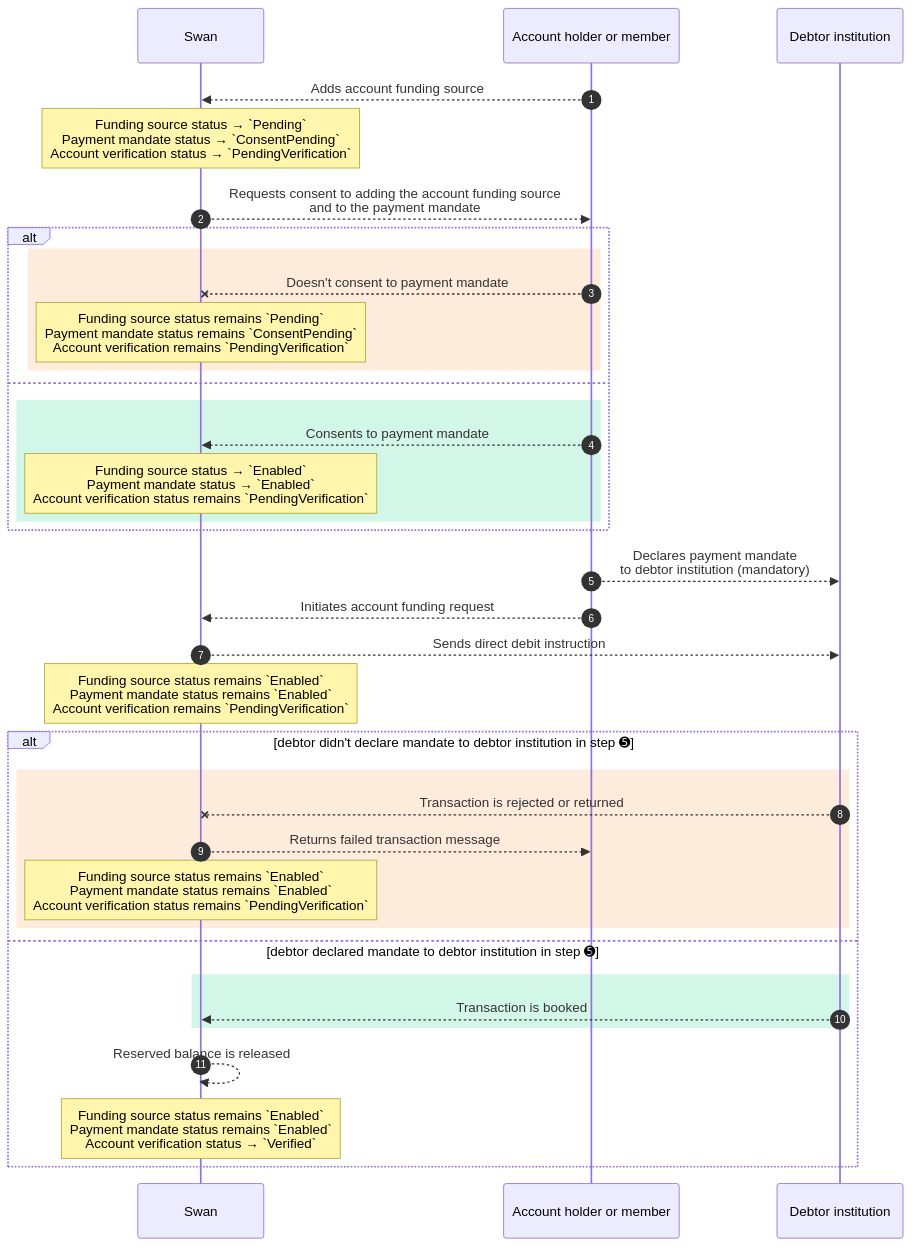
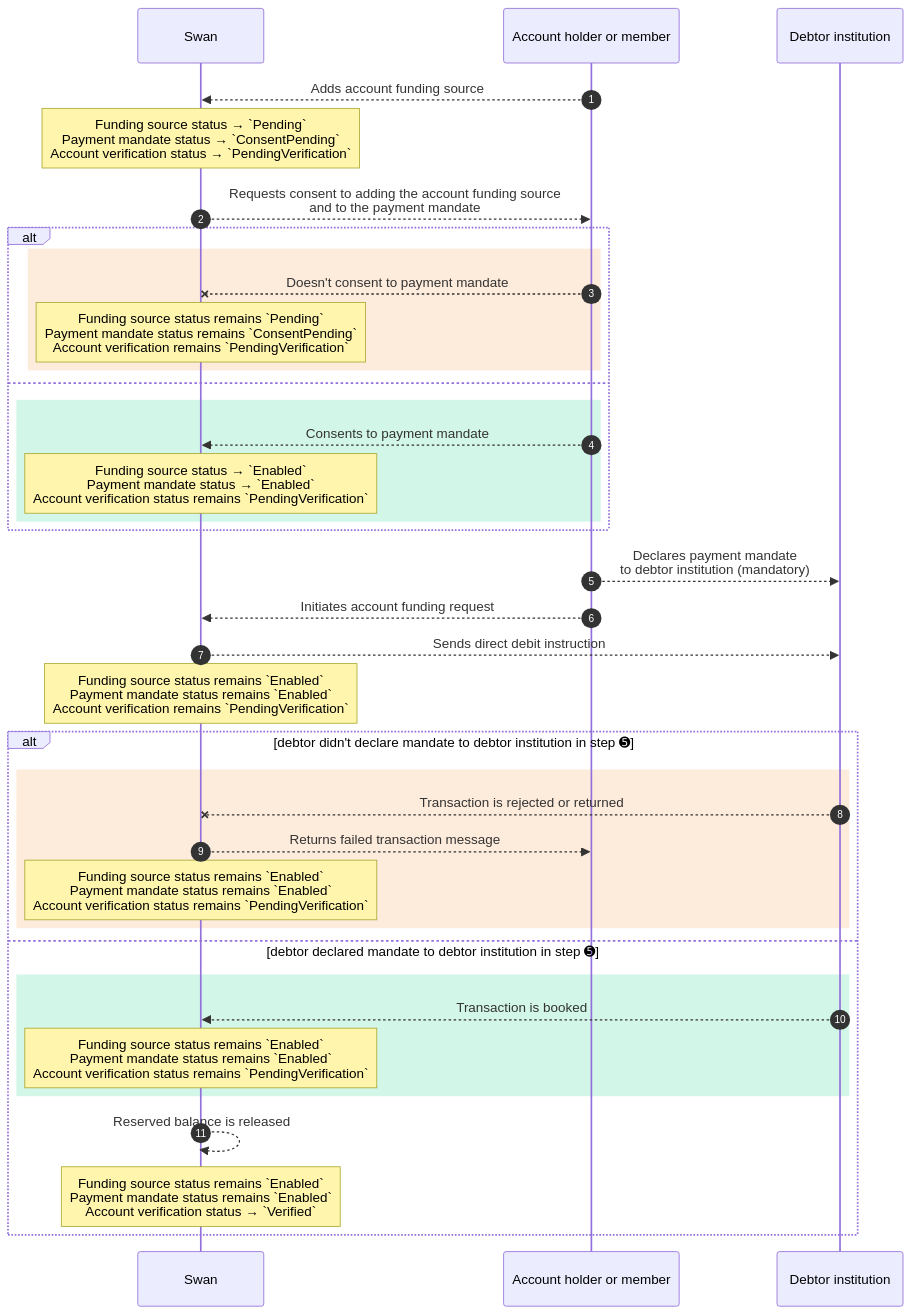
Before and after one commit to swan-io/docs: the fourth of 4 diagrams in docs/topics/accounts/funding/index.mdx, drawn with Mermaid.

Commit message:
fixup! fixup! DOC-863 Improve account funding docs

````diff
--- a/docs/topics/accounts/funding/index.mdx
+++ b/docs/topics/accounts/funding/index.mdx
@@ -165,38 +165,39 @@
 ```mermaid
 sequenceDiagram
     autonumber
     participant S as Swan
     participant A as Account holder or member
     participant D as Debtor institution
     A-->>S: Adds account funding source
     Note over S: Funding source status → `Pending`<br />Payment mandate status → `ConsentPending`<br />Account verification status → `PendingVerification`
     S-->>A: Requests consent to adding the account funding source<br />and to the payment mandate
     alt
     rect rgb(253, 235, 219)
     A--xS: Doesn't consent to payment mandate
     Note over S: Funding source status remains `Pending`<br />Payment mandate status remains `ConsentPending`<br />Account verification remains `PendingVerification`
     end
     else
     rect rgb(210 246 231)
     A-->>S: Consents to payment mandate
     Note over S: Funding source status → `Enabled`<br />Payment mandate status → `Enabled`<br />Account verification status remains `PendingVerification`
     end
     end
     A-->>D: Declares payment mandate<br />to debtor institution (mandatory)
     A-->>S: Initiates account funding request
     S-->>D: Sends direct debit instruction
     Note over S: Funding source status remains `Enabled`<br />Payment mandate status remains `Enabled`<br />Account verification remains `PendingVerification`
     alt debtor didn't declare mandate to debtor institution in step ➎
     rect rgb(253, 235, 219)
         D--xS: Transaction is rejected or returned
         S-->>A: Returns failed transaction message
         Note over S: Funding source status remains `Enabled`<br />Payment mandate status remains `Enabled`<br />Account verification status remains `PendingVerification`
     end
     else debtor declared mandate to debtor institution in step ➎
         rect rgb(210 246 231)
         D-->>S: Transaction is booked
+        Note over S: Funding source status remains `Enabled`<br />Payment mandate status remains `Enabled`<br />Account verification status remains `PendingVerification`
         end
         S-->>S: Reserved balance is released
         Note over S: Funding source status remains `Enabled`<br />Payment mandate status remains `Enabled`<br />Account verification status → `Verified`
     end
 ```
````
